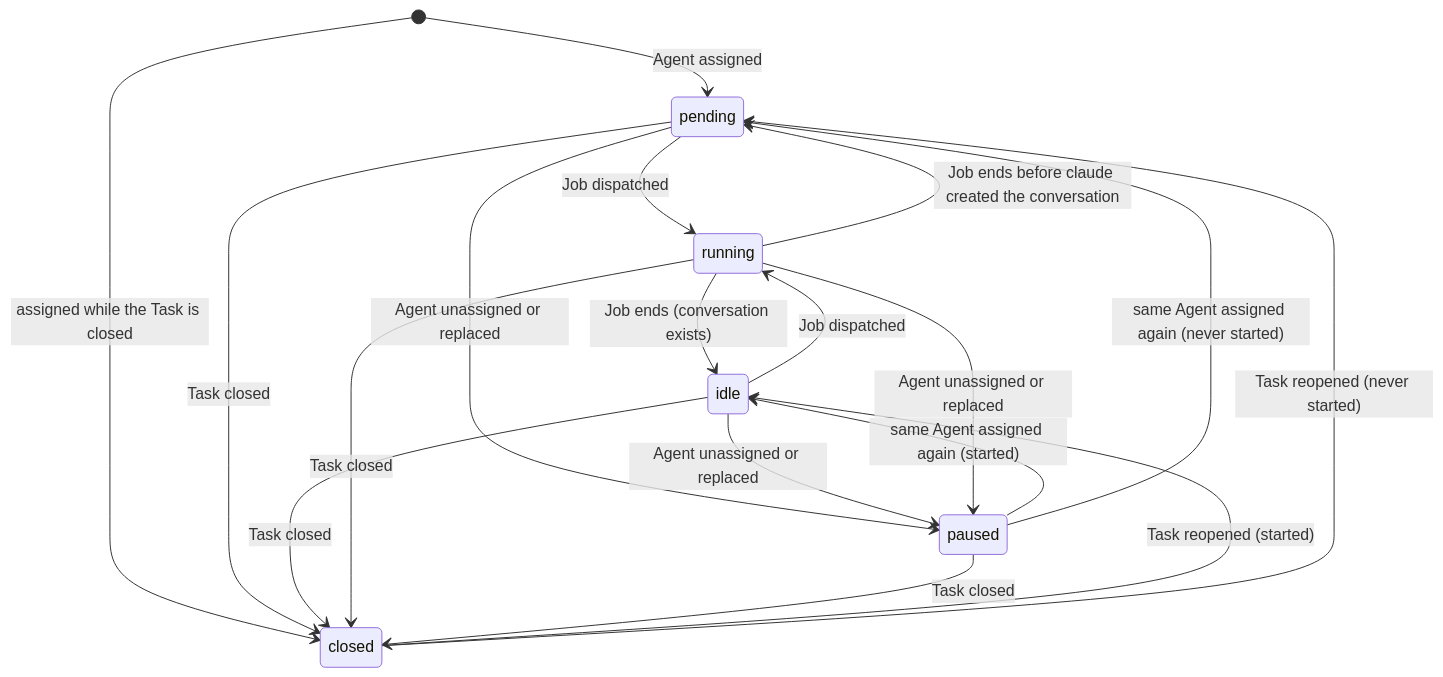
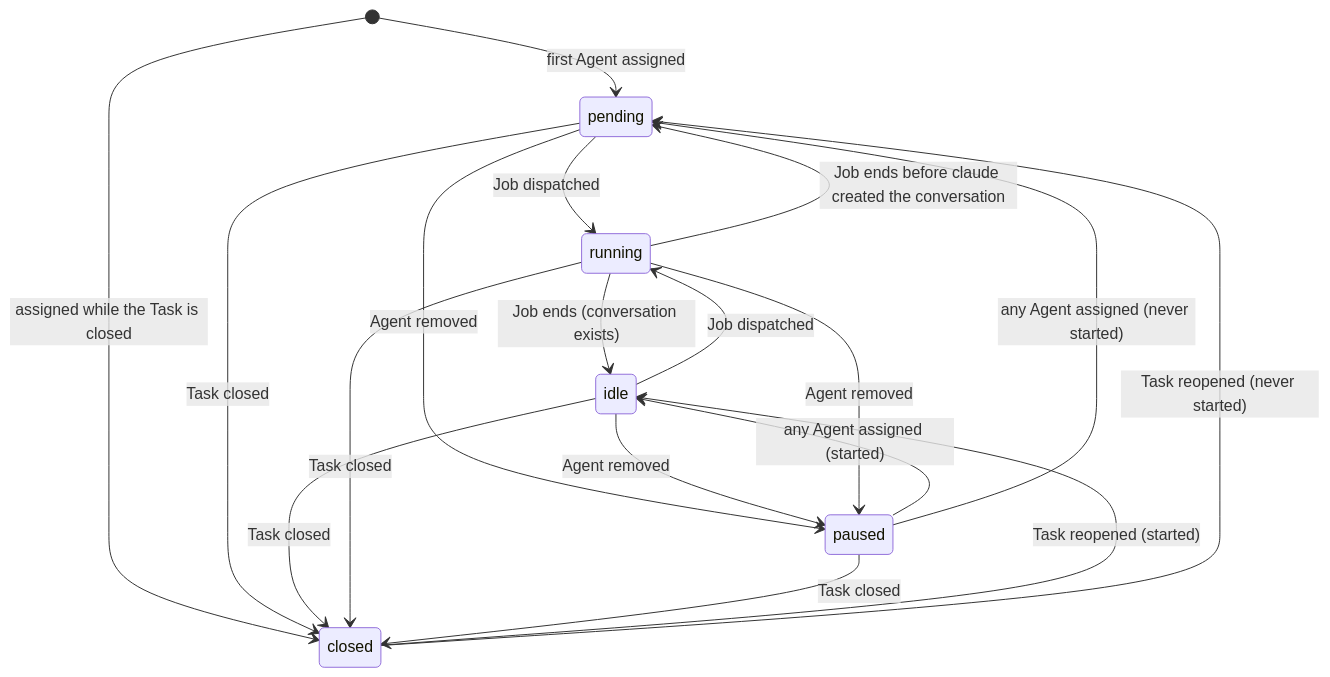
Before and after one commit to mceck/claude-task: the second of 5 diagrams in docs/specs/agent-sessions.md, drawn with Mermaid. The commit also changed other lines of this file and 95 other files, not shown here.

````diff
--- a/docs/specs/agent-sessions.md
+++ b/docs/specs/agent-sessions.md
@@ -59,20 +65,20 @@
 ```mermaid
 stateDiagram-v2
-  [*] --> pending: Agent assigned
+  [*] --> pending: first Agent assigned
   [*] --> closed: assigned while the Task is closed
   pending --> running: Job dispatched
   idle --> running: Job dispatched
   running --> idle: Job ends (conversation exists)
   running --> pending: Job ends before claude created the conversation
-  pending --> paused: Agent unassigned or replaced
-  idle --> paused: Agent unassigned or replaced
-  running --> paused: Agent unassigned or replaced
-  paused --> idle: same Agent assigned again (started)
-  paused --> pending: same Agent assigned again (never started)
+  pending --> paused: Agent removed
+  idle --> paused: Agent removed
+  running --> paused: Agent removed
+  paused --> idle: any Agent assigned (started)
+  paused --> pending: any Agent assigned (never started)
   pending --> closed: Task closed
   idle --> closed: Task closed
   running --> closed: Task closed
   paused --> closed: Task closed
   closed --> idle: Task reopened (started)
   closed --> pending: Task reopened (never started)
 ```
````
